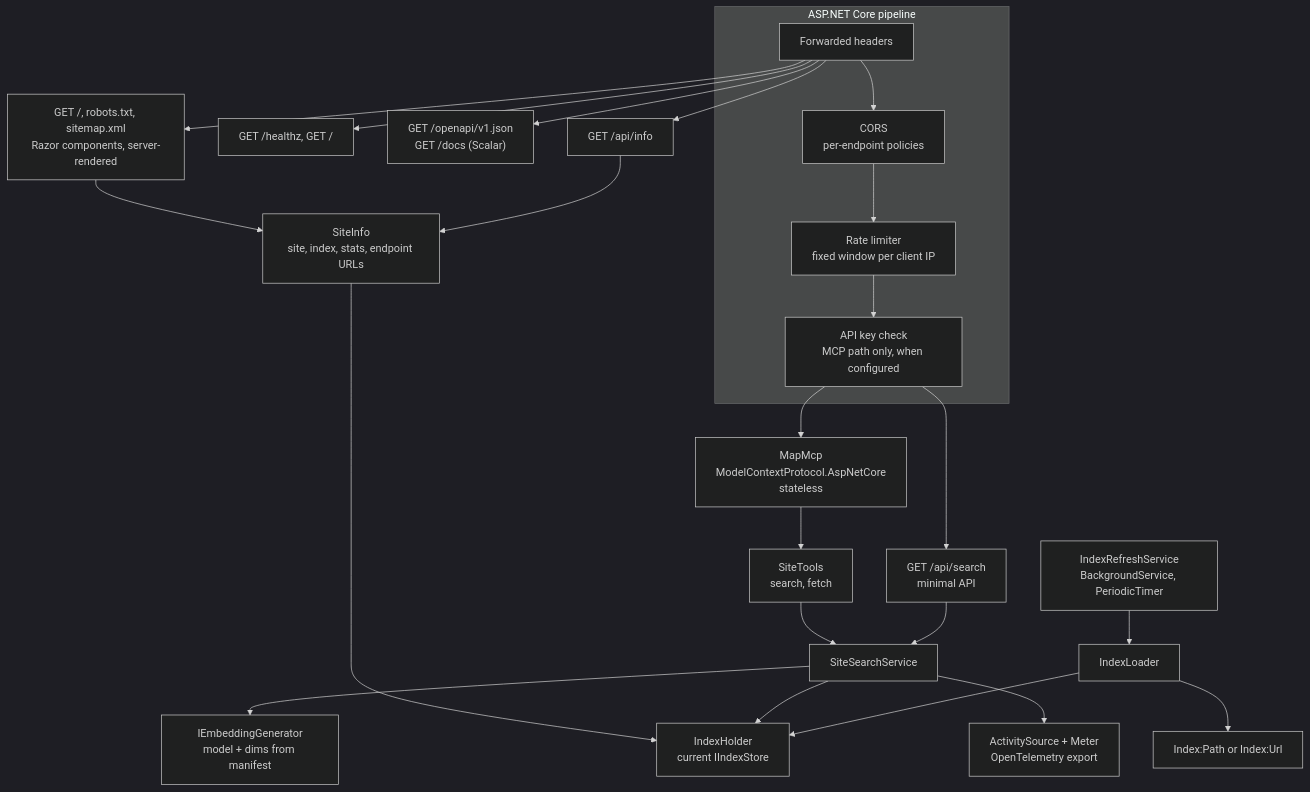
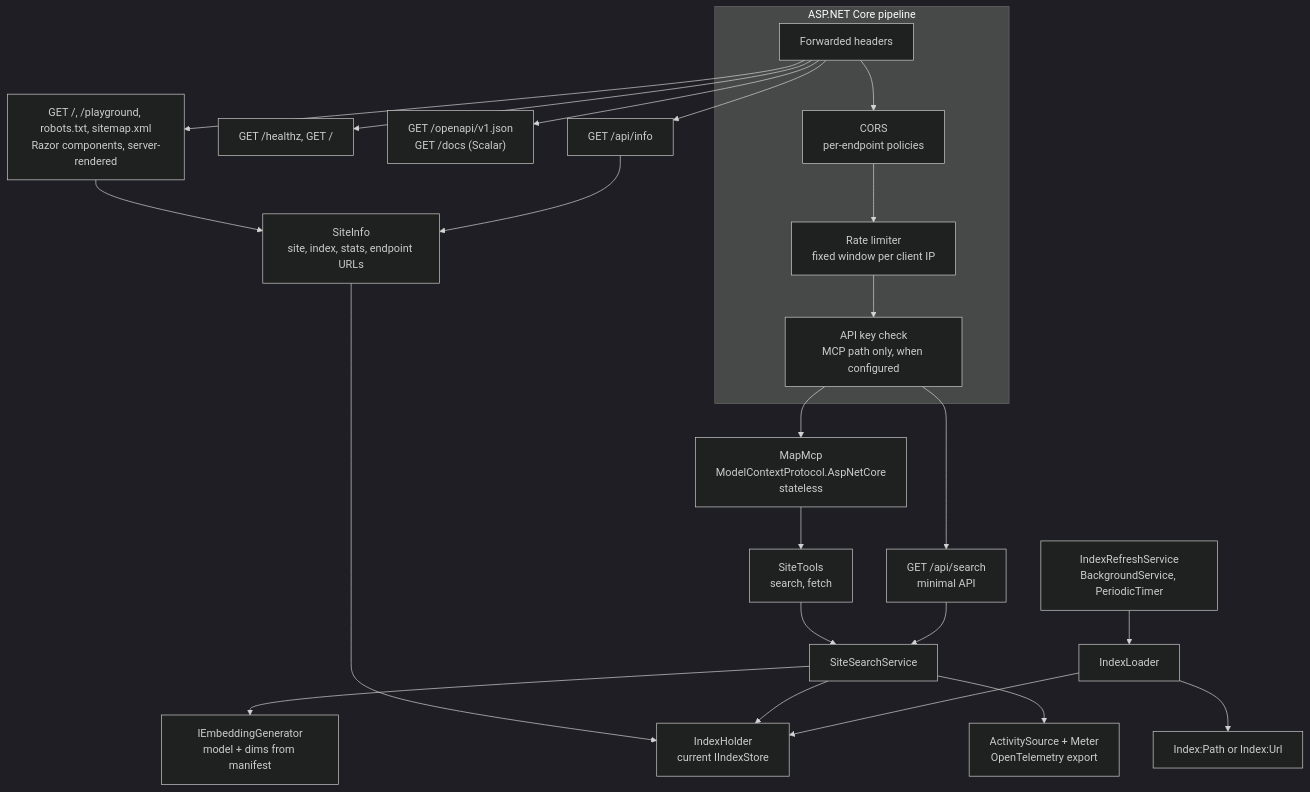
The ninth of 11 diagrams in docs/architecture.md (pournasserian/mcp-my-site), drawn with Mermaid (dark theme) before and after one commit. The commit also changed other lines of this file and 7 other files, not shown here.

````diff
--- a/docs/architecture.md
+++ b/docs/architecture.md
@@ -329,25 +329,25 @@
 ```mermaid
 flowchart TB
     subgraph Pipeline["ASP.NET Core pipeline"]
         FH["Forwarded headers"] --> CORS["CORS<br/>per-endpoint policies"] --> RL["Rate limiter<br/>fixed window per client IP"] --> Key["API key check<br/>MCP path only, when configured"]
     end
     Key --> MCP["MapMcp<br/>ModelContextProtocol.AspNetCore<br/>stateless"]
     Key --> SAPI["GET /api/search<br/>minimal API"]
     FH --> H["GET /healthz, GET /"]
     FH --> Docs["GET /openapi/v1.json<br/>GET /docs (Scalar)"]
-    FH --> Pages["GET /, robots.txt, sitemap.xml<br/>Razor components, server-rendered"]
+    FH --> Pages["GET /, /playground, robots.txt, sitemap.xml<br/>Razor components, server-rendered"]
     FH --> Info["GET /api/info"]
     Pages --> SI["SiteInfo<br/>site, index, stats, endpoint URLs"]
     Info --> SI
     SI --> Holder
 
     MCP --> Tools["SiteTools<br/>search, fetch"]
     Tools --> SS["SiteSearchService"]
     SAPI --> SS
     SS --> Gen["IEmbeddingGenerator<br/>model + dims from manifest"]
     SS --> Holder["IndexHolder<br/>current IIndexStore"]
     Loader["IndexLoader"] --> Holder
     Refresh["IndexRefreshService<br/>BackgroundService, PeriodicTimer"] --> Loader
     Loader --> Src["Index:Path or Index:Url"]
     SS --> Tel["ActivitySource + Meter<br/>OpenTelemetry export"]
 ```
````
